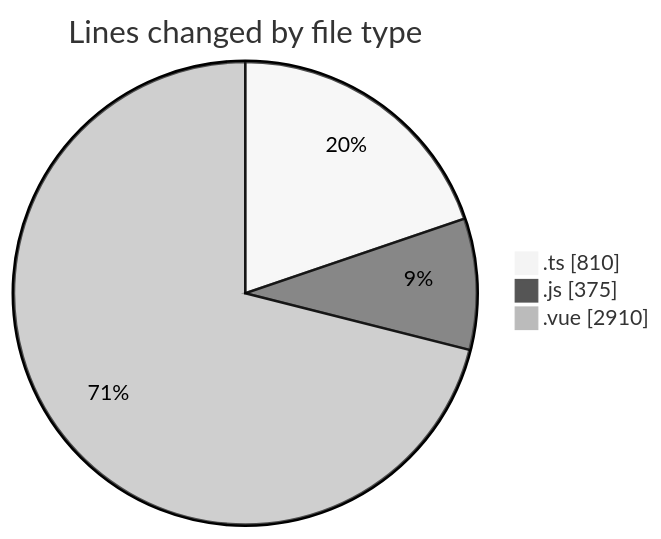
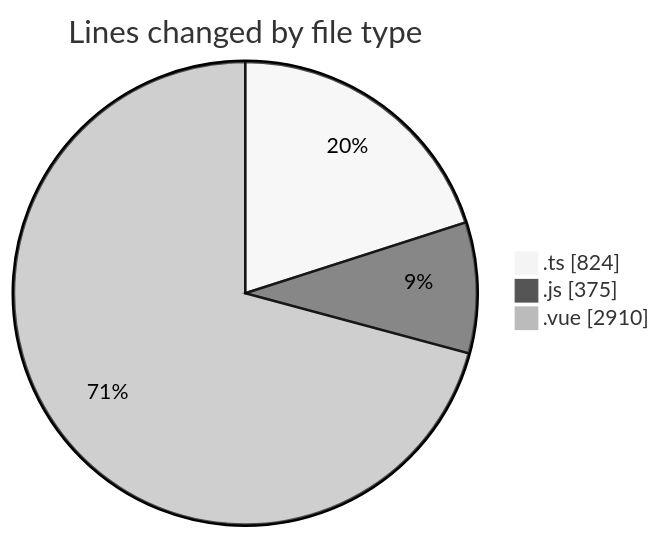
Before and after one commit to lephambinh05/code-tracking: the first of 2 diagrams in 2025-08-16/rentotp/README.md, drawn with Mermaid (neutral theme). The commit also changed other lines of this file and 1 other file, not shown here.

````diff
--- a/2025-08-16/rentotp/README.md
+++ b/2025-08-16/rentotp/README.md
@@ -36,7 +36,7 @@
 ```mermaid
 pie showData
 title Lines changed by file type
-".ts" : 810
+".ts" : 824
 ".js" : 375
 ".vue" : 2910
 ```
````
